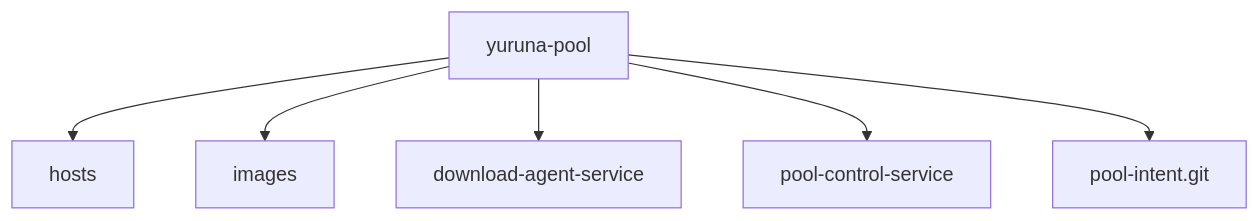
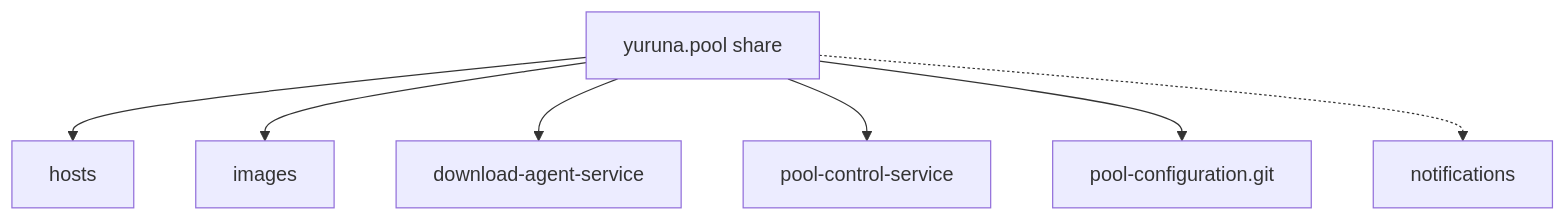
One commit to alissonsol/yuruna changed the fifth of 10 diagrams in docs/design/03-data-flows.md. Above: the diagram before and after it, drawn with Mermaid. The commit also changed other lines of this file and 1409 other files, not shown here.

````diff
--- a/docs/design/03-data-flows.md
+++ b/docs/design/03-data-flows.md
@@ -152,14 +175,17 @@
 ```mermaid
 flowchart TB
-    yuruna-pool["yuruna-pool"]
+    yuruna-pool["yuruna.pool share"]
     hosts["hosts"]
     images["images"]
     download-agent-service["download-agent-service"]
     pool-control-service["pool-control-service"]
-    pool-intent-git["pool-intent.git"]
+    pool-configuration-git["pool-configuration.git"]
+    notifications["notifications"]
     yuruna-pool --> hosts
     yuruna-pool --> images
     yuruna-pool --> download-agent-service
     yuruna-pool --> pool-control-service
-    yuruna-pool --> pool-intent-git
+    yuruna-pool --> pool-configuration-git
+    %% optional: created only when a host's transports.yml subscribes to pool.alert.
+    yuruna-pool -.-> notifications
 ```
````
